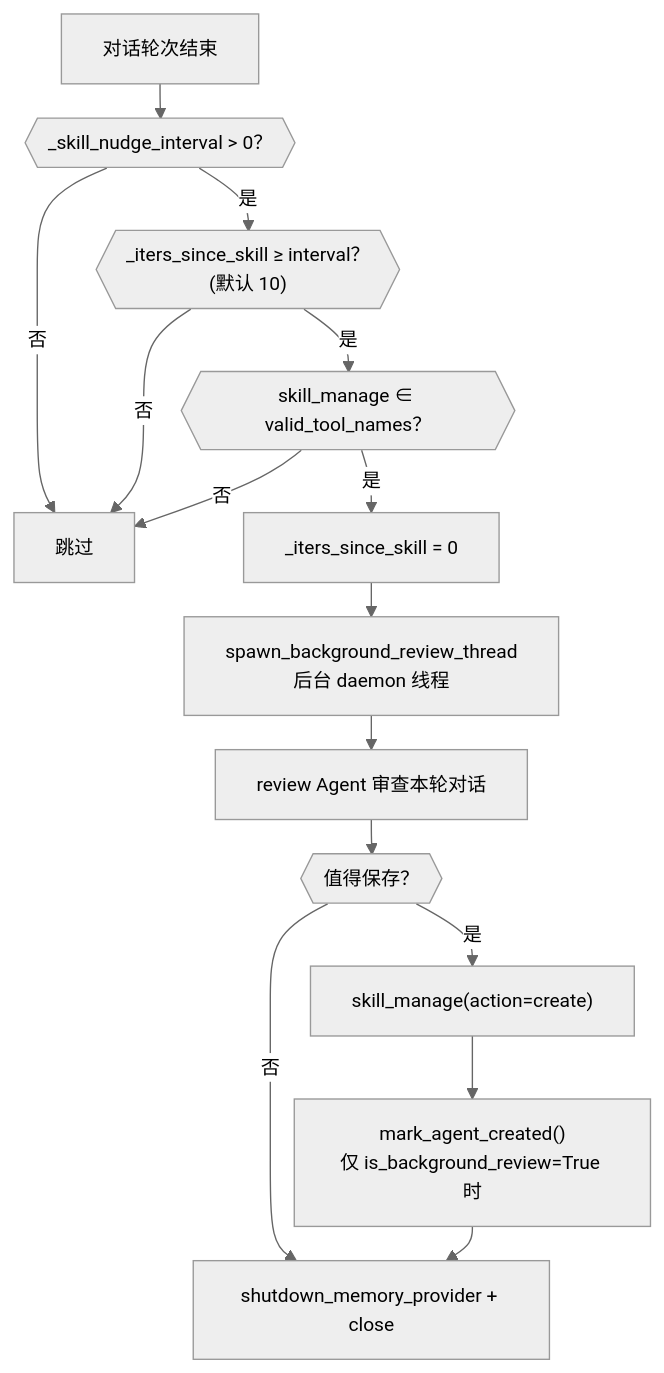
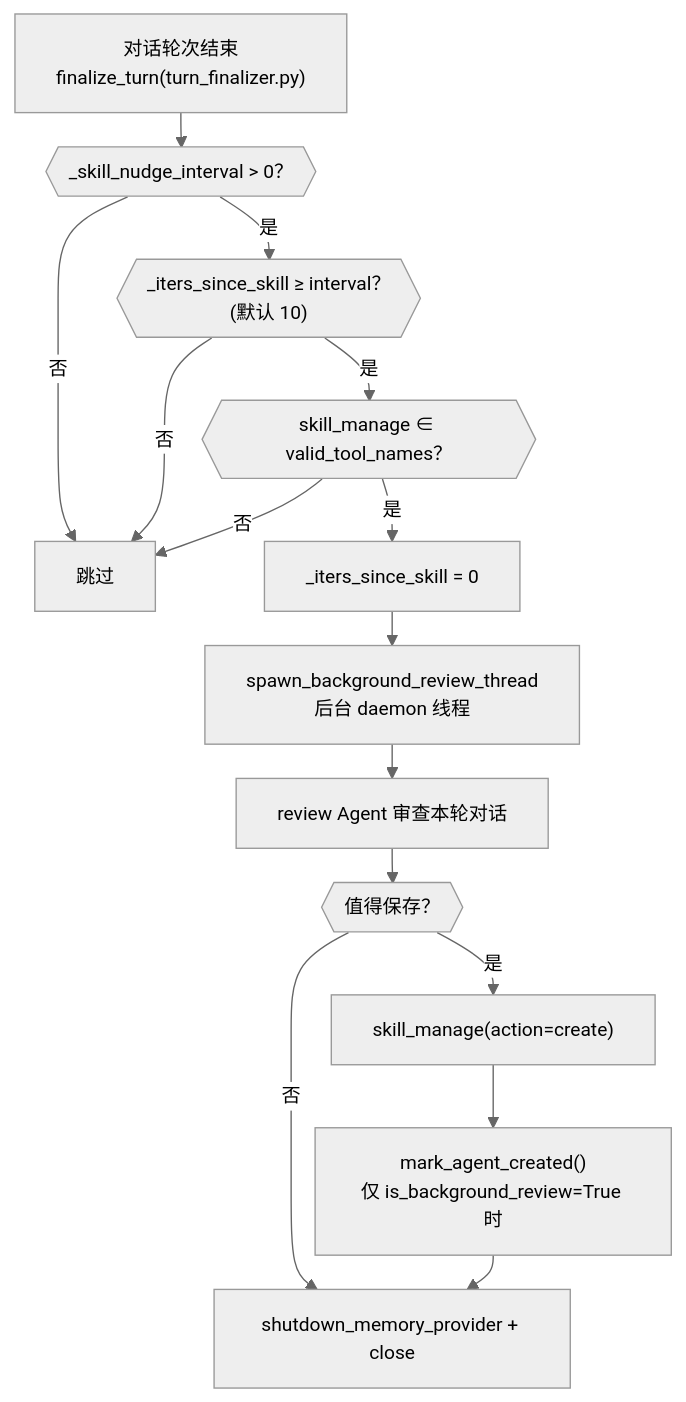
The second of 4 diagrams in docs/zh/04-技能系统.md (fang-lin/hermes-agent-code-analysis), drawn with Mermaid before and after one commit. The commit also changed other lines of this file and 3 other files, not shown here.

````diff
--- a/docs/zh/04-技能系统.md
+++ b/docs/zh/04-技能系统.md
@@ -181,18 +187,18 @@
 ```mermaid
 %%{init: {"theme": "neutral", "themeVariables": {"fontSize": "14px"}, "flowchart": {"nodeSpacing": 15, "rankSpacing": 25}}}%%
 flowchart TD
-    TURN["对话轮次结束"] --> C1{{"_skill_nudge_interval > 0？"}}
+    TURN["对话轮次结束<br/>finalize_turn#40;turn_finalizer.py#41;"] --> C1{{"_skill_nudge_interval > 0？"}}
     C1 -->|否| SKIP["跳过"]
     C1 -->|是| C2{{"_iters_since_skill ≥ interval？<br/>#40;默认 10#41;"}}
     C2 -->|否| SKIP
     C2 -->|是| C3{{"skill_manage ∈ valid_tool_names？"}}
     C3 -->|否| SKIP
     C3 -->|是| RESET["_iters_since_skill = 0"]
     RESET --> FORK["spawn_background_review_thread<br/>后台 daemon 线程"]
     FORK --> REVIEW["review Agent 审查本轮对话"]
     REVIEW --> DECIDE{{"值得保存？"}}
     DECIDE -->|否| CLEANUP["shutdown_memory_provider + close"]
     DECIDE -->|是| CREATE["skill_manage#40;action=create#41;"]
     CREATE --> MARK["mark_agent_created#40;#41;<br/>仅 is_background_review=True 时"]
     MARK --> CLEANUP
 ```
````
